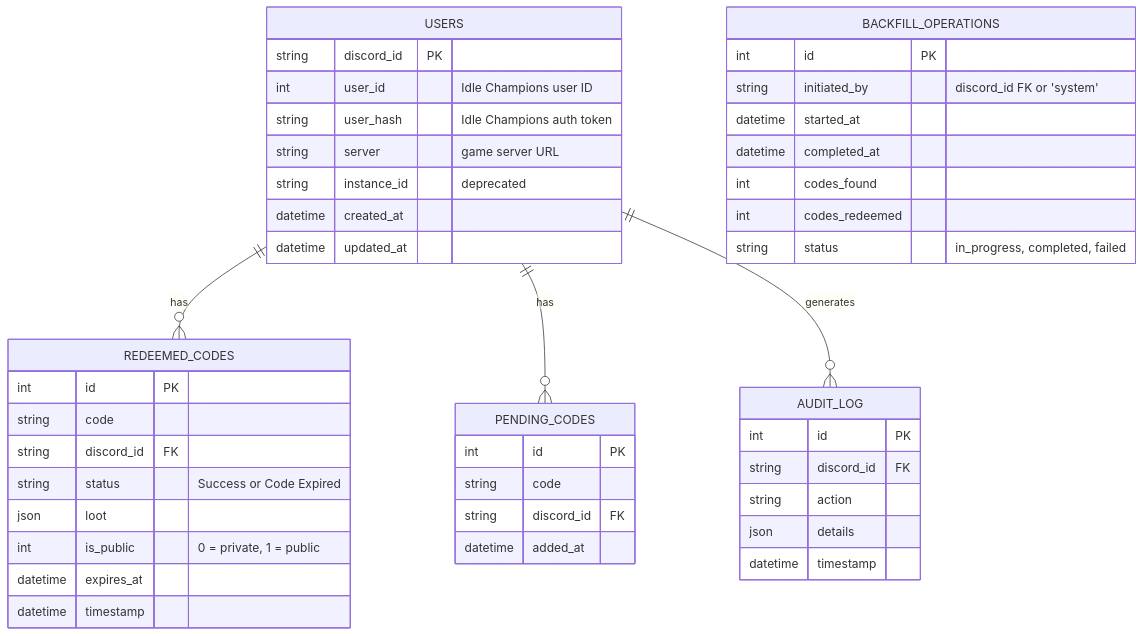
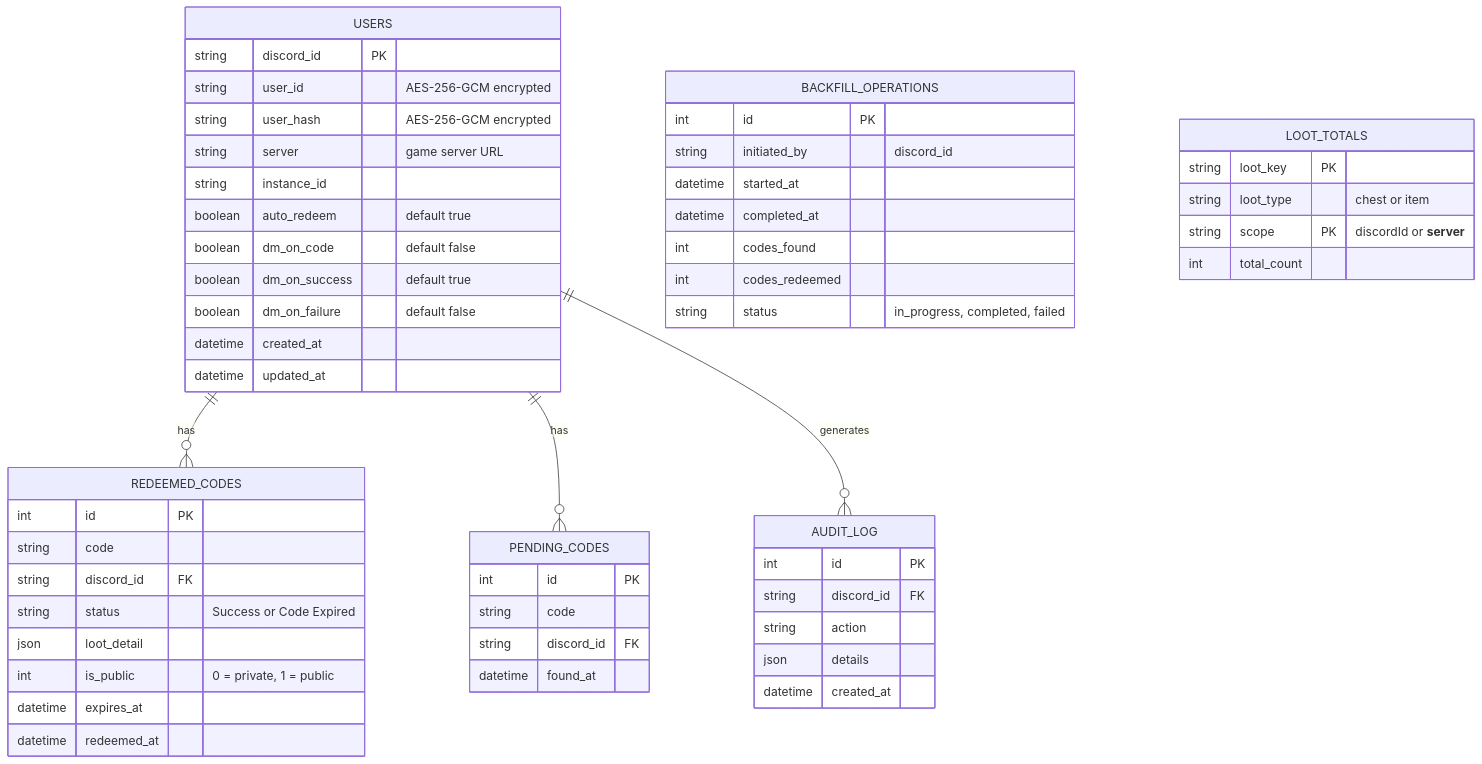
One commit to BigMichi1/IdleCodeRedeemer changed the diagram in docs/development.md. Above: the diagram before and after it, drawn with Mermaid. The commit also changed other lines of this file and 11 other files, not shown here.

````diff
--- a/docs/development.md
+++ b/docs/development.md
@@ -221,52 +236,63 @@
 ```mermaid
 erDiagram
     USERS ||--o{ REDEEMED_CODES : "has"
     USERS ||--o{ PENDING_CODES : "has"
     USERS ||--o{ AUDIT_LOG : "generates"
 
     USERS {
         string discord_id PK
-        int user_id "Idle Champions user ID"
-        string user_hash "Idle Champions auth token"
+        string user_id "AES-256-GCM encrypted"
+        string user_hash "AES-256-GCM encrypted"
         string server "game server URL"
-        string instance_id "deprecated"
+        string instance_id
+        boolean auto_redeem "default true"
+        boolean dm_on_code "default false"
+        boolean dm_on_success "default true"
+        boolean dm_on_failure "default false"
         datetime created_at
         datetime updated_at
     }
 
     REDEEMED_CODES {
         int id PK
         string code
         string discord_id FK
         string status "Success or Code Expired"
-        json loot
+        json loot_detail
         int is_public "0 = private, 1 = public"
         datetime expires_at
-        datetime timestamp
+        datetime redeemed_at
     }
 
     PENDING_CODES {
         int id PK
         string code
         string discord_id FK
-        datetime added_at
+        datetime found_at
     }
 
     AUDIT_LOG {
         int id PK
         string discord_id FK
         string action
         json details
-        datetime timestamp
+        datetime created_at
     }
 
     BACKFILL_OPERATIONS {
         int id PK
-        string initiated_by "discord_id FK or 'system'"
+        string initiated_by "discord_id"
         datetime started_at
         datetime completed_at
         int codes_found
         int codes_redeemed
         string status "in_progress, completed, failed"
     }
+
+    LOOT_TOTALS {
+        string loot_key PK
+        string loot_type "chest or item"
+        string scope PK "discordId or __server__"
+        int total_count
+    }
 ```
````
